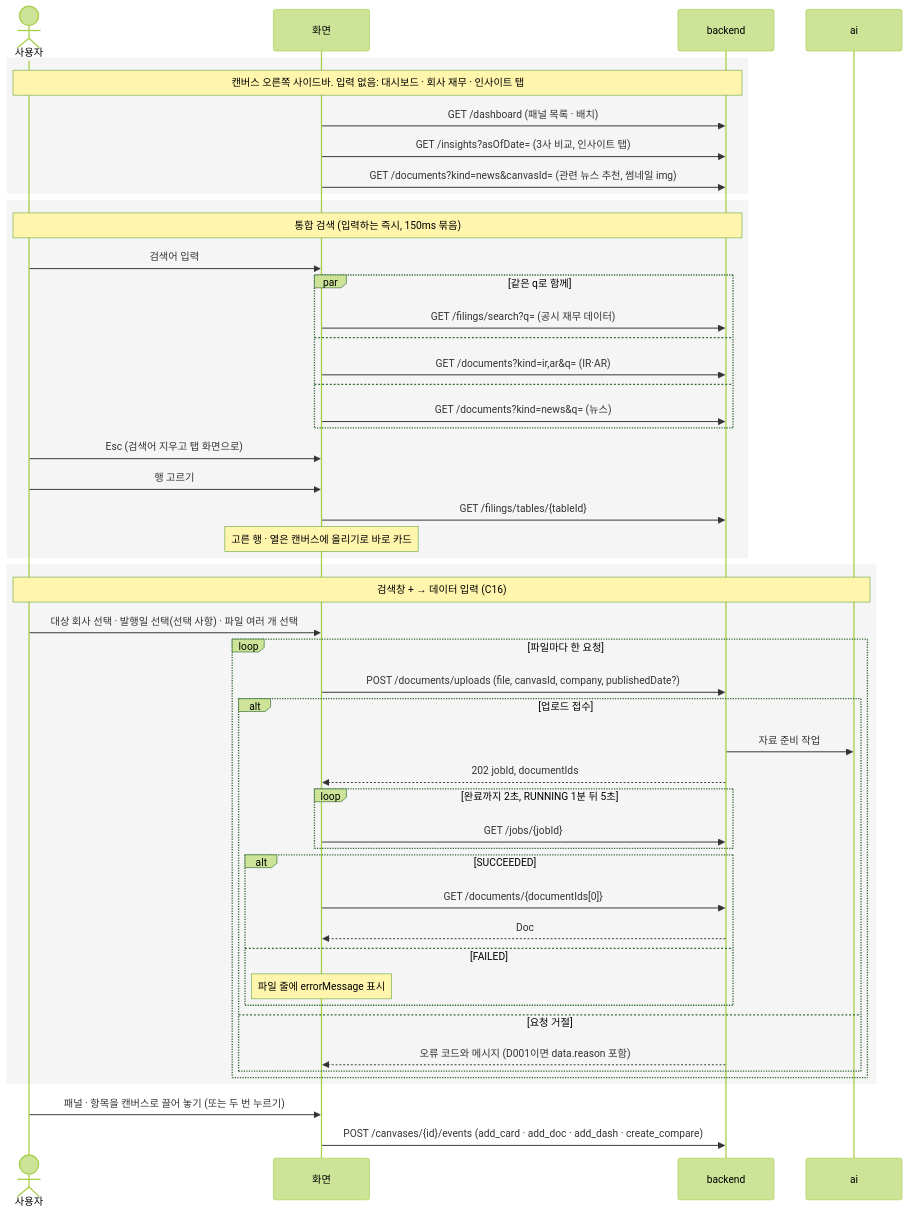
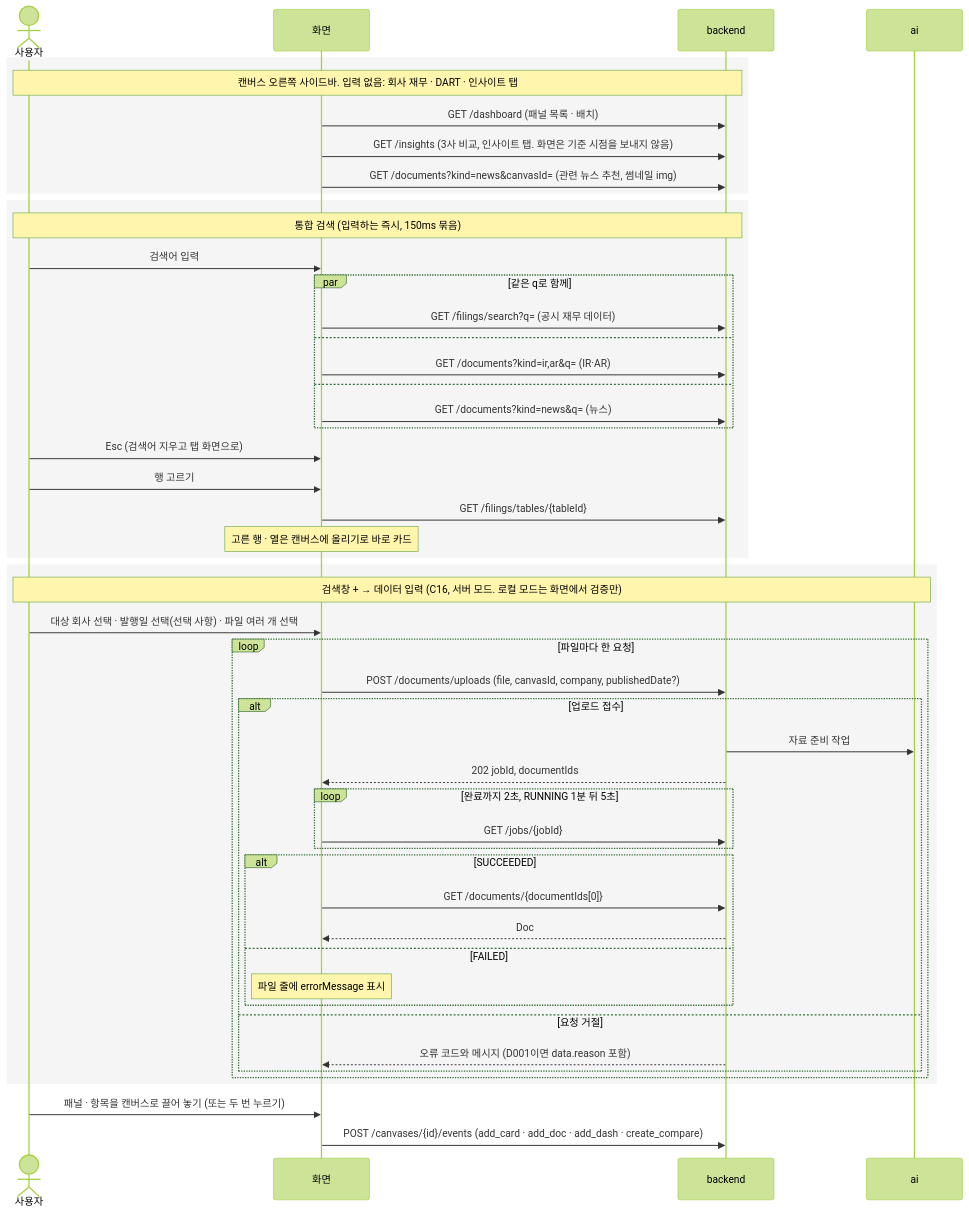
Before and after one commit to vamos-team/telescope: the sixth of 8 diagrams in docs/frontend/api-diagram.md, drawn with Mermaid (forest theme). The commit also changed other lines of this file and 3 other files, not shown here.

````diff
--- a/docs/frontend/api-diagram.md
+++ b/docs/frontend/api-diagram.md
@@ -158,56 +164,56 @@
 ```mermaid
 sequenceDiagram
   actor U as 사용자
   participant F as 화면
   participant B as backend
   participant A as ai
 
   rect rgba(128,128,128,0.08)
-  Note over U,B: 캔버스 오른쪽 사이드바. 입력 없음: 대시보드 · 회사 재무 · 인사이트 탭
+  Note over U,B: 캔버스 오른쪽 사이드바. 입력 없음: 회사 재무 · DART · 인사이트 탭
   F->>B: GET /dashboard (패널 목록 · 배치)
-  F->>B: GET /insights?asOfDate= (3사 비교, 인사이트 탭)
+  F->>B: GET /insights (3사 비교, 인사이트 탭. 화면은 기준 시점을 보내지 않음)
   F->>B: GET /documents?kind=news&canvasId= (관련 뉴스 추천, 썸네일 img)
   end
 
   rect rgba(128,128,128,0.08)
   Note over U,B: 통합 검색 (입력하는 즉시, 150ms 묶음)
   U->>F: 검색어 입력
   par 같은 q로 함께
     F->>B: GET /filings/search?q= (공시 재무 데이터)
   and
     F->>B: GET /documents?kind=ir,ar&q= (IR·AR)
   and
     F->>B: GET /documents?kind=news&q= (뉴스)
   end
   U->>F: Esc (검색어 지우고 탭 화면으로)
   U->>F: 행 고르기
   F->>B: GET /filings/tables/{tableId}
   Note over F: 고른 행 · 열은 캔버스에 올리기로 바로 카드
   end
 
   rect rgba(128,128,128,0.08)
-  Note over U,A: 검색창 + → 데이터 입력 (C16)
+  Note over U,A: 검색창 + → 데이터 입력 (C16, 서버 모드. 로컬 모드는 화면에서 검증만)
   U->>F: 대상 회사 선택 · 발행일 선택(선택 사항) · 파일 여러 개 선택
   loop 파일마다 한 요청
     F->>B: POST /documents/uploads (file, canvasId, company, publishedDate?)
     alt 업로드 접수
       B->>A: 자료 준비 작업
       B-->>F: 202 jobId, documentIds
       loop 완료까지 2초, RUNNING 1분 뒤 5초
         F->>B: GET /jobs/{jobId}
       end
       alt SUCCEEDED
         F->>B: GET /documents/{documentIds[0]}
         B-->>F: Doc
       else FAILED
         Note over F: 파일 줄에 errorMessage 표시
       end
     else 요청 거절
       B-->>F: 오류 코드와 메시지 (D001이면 data.reason 포함)
     end
   end
   end
 
   U->>F: 패널 · 항목을 캔버스로 끌어 놓기 (또는 두 번 누르기)
   F->>B: POST /canvases/{id}/events (add_card · add_doc · add_dash · create_compare)
 ```
````
